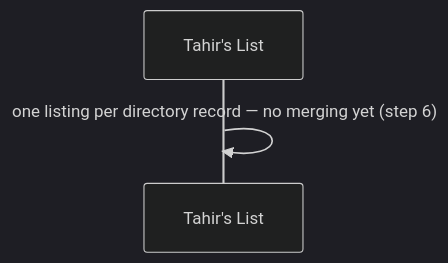
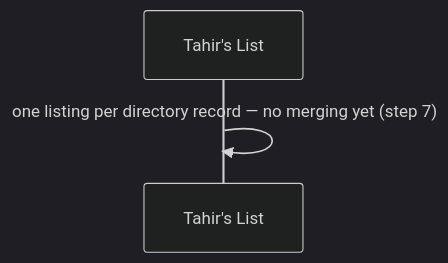
One commit to Losers-Lab/tahirs-list changed the second of 13 diagrams in docs/features/SC-211/04-blackbox/UC-01-run-sample-directory-ingestion.md. Above: the diagram before and after it, drawn with Mermaid (dark theme). The commit also changed other lines of this file and 8 other files, not shown here.

````diff
--- a/docs/features/SC-211/04-blackbox/UC-01-run-sample-directory-ingestion.md
+++ b/docs/features/SC-211/04-blackbox/UC-01-run-sample-directory-ingestion.md
@@ -33,5 +34,5 @@
 ```mermaid
 sequenceDiagram
   participant TL as Tahir's List
-  TL->>TL: one listing per directory record — no merging yet (step 6)
+  TL->>TL: one listing per directory record — no merging yet (step 7)
 ```
````
